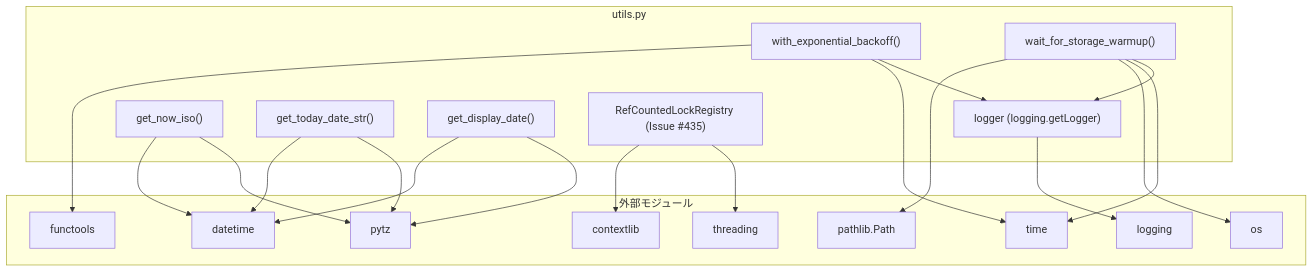
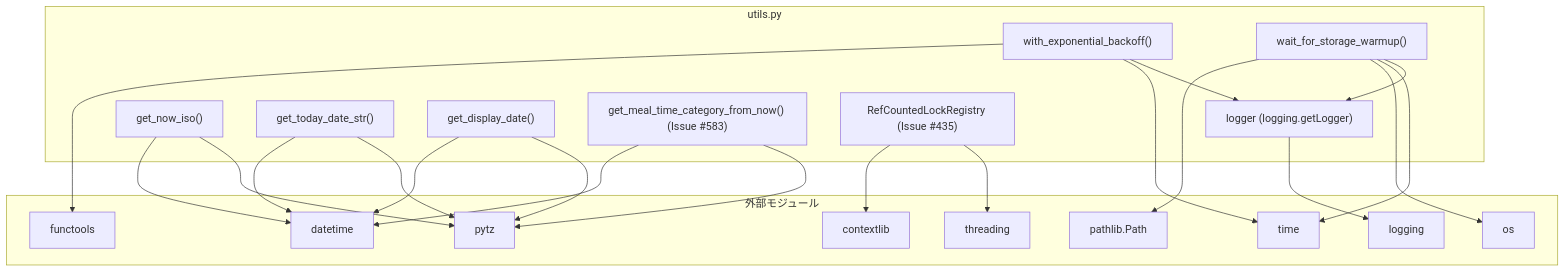
One commit to mmtigers/my_python_project changed the second of 2 diagrams in docs/specifications/MY_HOME_SYSTEM/utils.md. Above: the diagram before and after it, drawn with Mermaid. The commit also changed other lines of this file and 7 other files, not shown here.

First line of the commit message:
fix(line_service): meal_time_category固定値とLINE文字数カウント方式を修正

````diff
--- a/docs/specifications/MY_HOME_SYSTEM/utils.md
+++ b/docs/specifications/MY_HOME_SYSTEM/utils.md
@@ -290,46 +316,49 @@
 ```mermaid
 graph TD
     subgraph utils.py
         logger["logger (logging.getLogger)"]
         get_now_iso["get_now_iso()"]
         get_today_date_str["get_today_date_str()"]
         get_display_date["get_display_date()"]
+        get_meal_time_category_from_now["get_meal_time_category_from_now() (Issue #583)"]
         RefCountedLockRegistry["RefCountedLockRegistry (Issue #435)"]
         with_exponential_backoff["with_exponential_backoff()"]
         wait_for_storage_warmup["wait_for_storage_warmup()"]
     end
 
     subgraph 外部モジュール
         contextlib["contextlib"]
         datetime["datetime"]
         pytz["pytz"]
         threading["threading"]
         time["time"]
         functools["functools"]
         logging["logging"]
         os["os"]
         pathlib["pathlib.Path"]
     end
 
     RefCountedLockRegistry --> contextlib
     RefCountedLockRegistry --> threading
 
     get_now_iso --> datetime
     get_now_iso --> pytz
     get_today_date_str --> datetime
     get_today_date_str --> pytz
     get_display_date --> datetime
     get_display_date --> pytz
+    get_meal_time_category_from_now --> datetime
+    get_meal_time_category_from_now --> pytz
 
     with_exponential_backoff --> functools
     with_exponential_backoff --> time
     with_exponential_backoff --> logger
 
     wait_for_storage_warmup --> pathlib
     wait_for_storage_warmup --> os
     wait_for_storage_warmup --> time
     wait_for_storage_warmup --> logger
 
     logger --> logging
 
 ```
````
